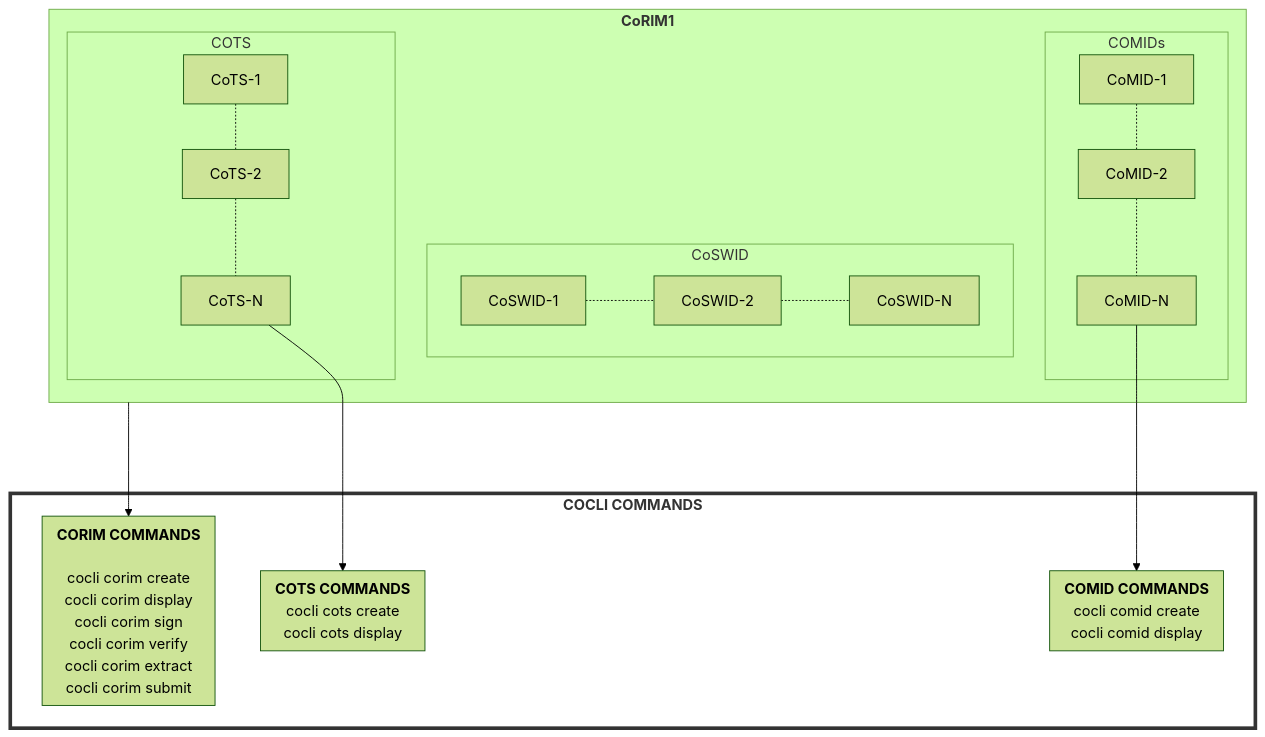
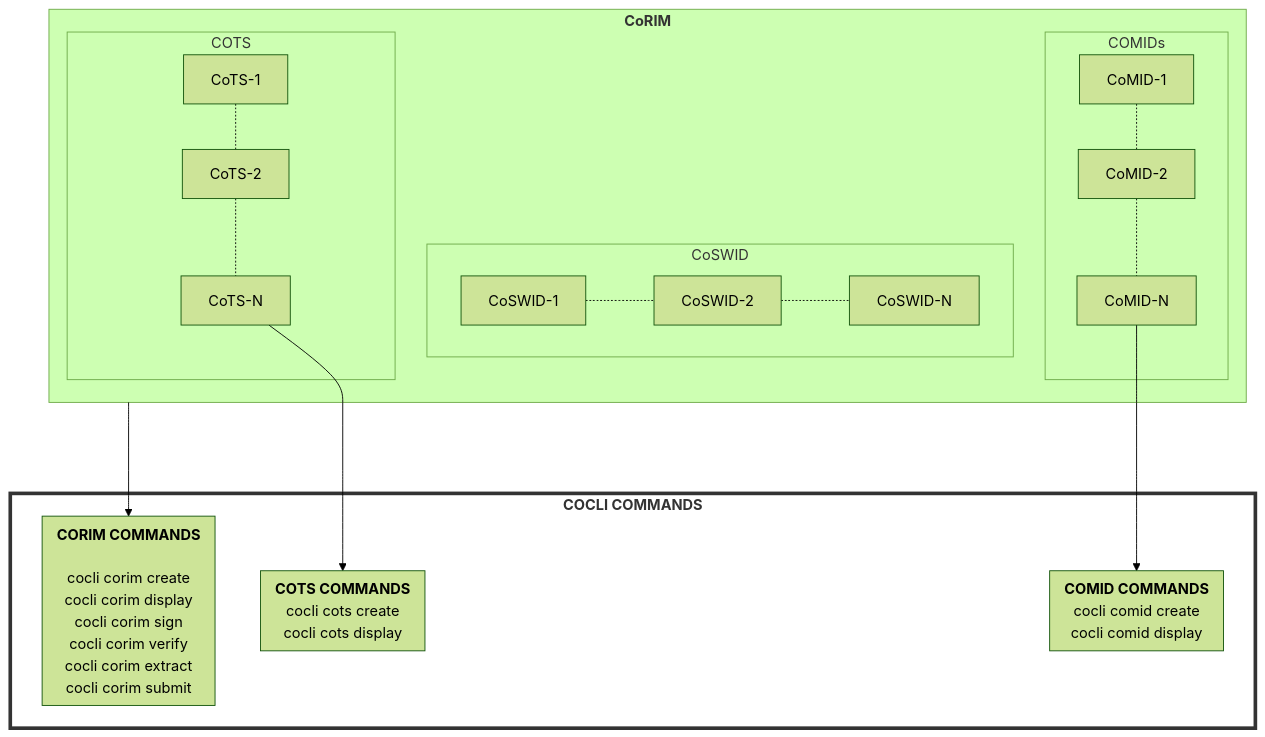
One commit to yogeshbdeshpande/veraison-cca-integration changed the diagram in test-diagram.md. Above: the diagram before and after it, drawn with Mermaid (forest theme).

````diff
--- a/test-diagram.md
+++ b/test-diagram.md
@@ -1,43 +1,43 @@
 ```mermaid 
 flowchart TD
   subgraph COCLI["<b>COCLI COMMANDS</b>"]
     style COCLI fill:#ffffff, stroke:#333,stroke-width:4px
     subgraph COMIDCMD["<b>COMID COMMANDS</b> \n cocli comid create \n cocli comid display"]
     end
     subgraph COTSCMD["<b>COTS COMMANDS</b> \n cocli cots create \n cocli cots display"]
     end
     subgraph CORIMCMD["<b>CORIM COMMANDS</b> \n
         cocli corim create \n cocli corim display \n cocli corim sign \n cocli corim verify\n cocli corim extract\n cocli corim submit"]
     end
   end
  CORIM ---> CORIMCMD
-subgraph CORIM["<b>CoRIM1</b>"]
+subgraph CORIM["<b>CoRIM</b>"]
       subgraph CoMID["COMIDs\n"]
         CM3["CoMID-N"]
         CM2["CoMID-2"]
         CM1["CoMID-1"]
         CM1  -.- CM2
         CM2  -.- CM3
         CM3 --> COMIDCMD
      end
      
     subgraph CoSWID["CoSWID\n"]
         CSW1["CoSWID-1"]
         CSW2["CoSWID-2"]
         CSW3["CoSWID-N"]
         CSW1  -.- CSW2
         CSW2 -.- CSW3
     end
 
     subgraph CoTS["COTS\n"]
         CS3["CoTS-N"]
         CS2["CoTS-2"]
         CS1["CoTS-1"]
         CS1  -.- CS2
         CS2  -.- CS3
         CS3 ---> COTSCMD
     end
 
 end
  
 ```
````
